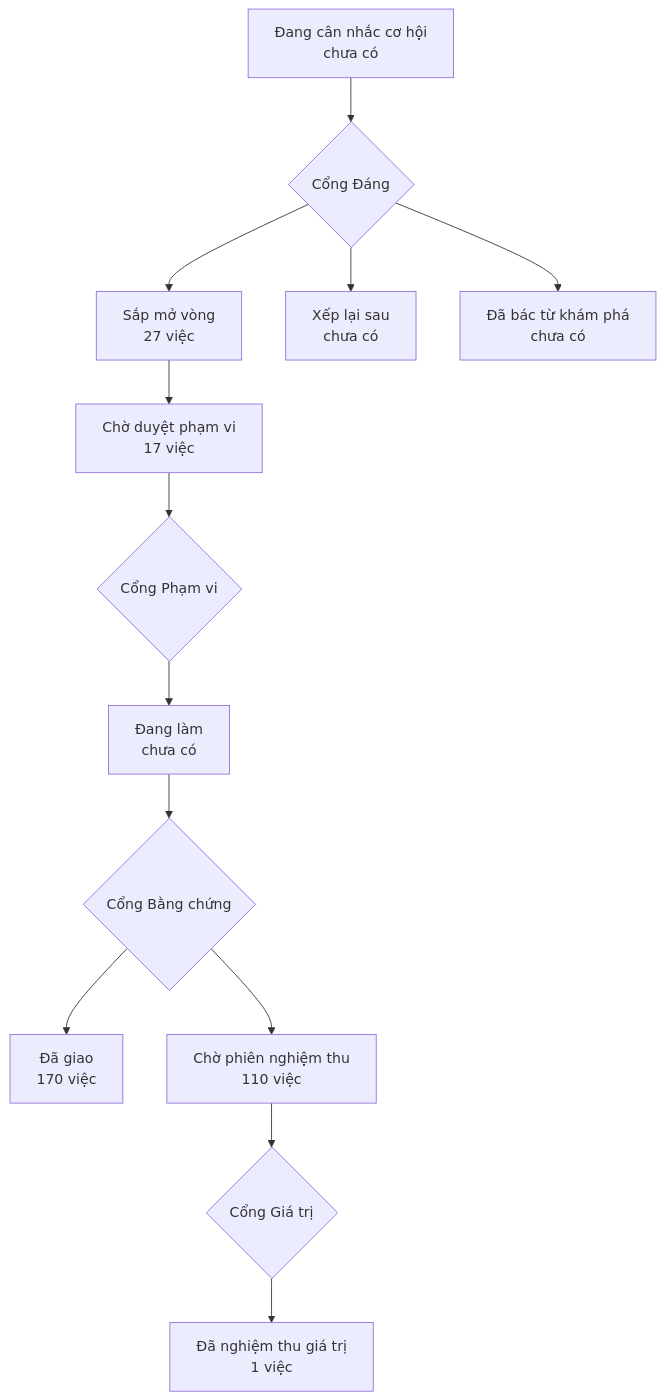
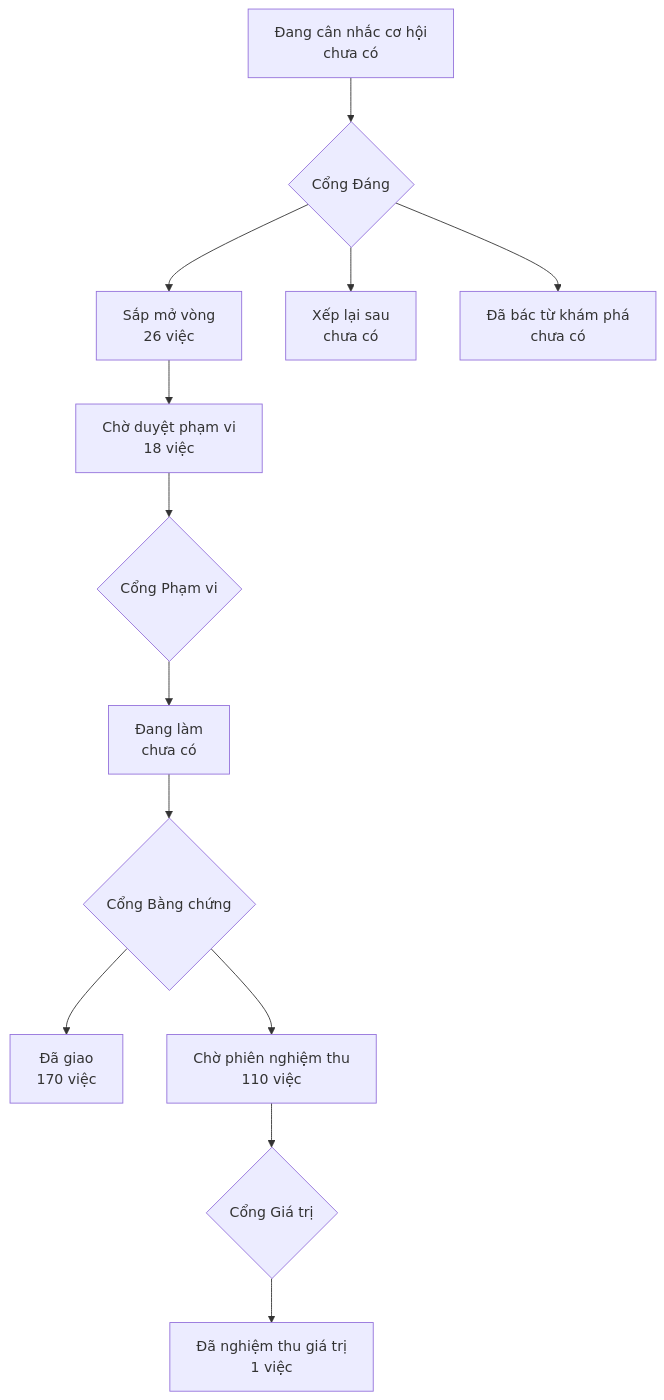
Before and after one commit to phanlemanh/onehub-invest: the diagram in PRODUCT-MAP.md, drawn with Mermaid. The commit also changed other lines of this file and 9 other files, not shown here.

Commit message:
docs(sua-doc-ngan-sach-yeu-cau): thiết kế, hợp đồng, phép đo YC1 trình Cổng Phạm vi

````diff
--- a/PRODUCT-MAP.md
+++ b/PRODUCT-MAP.md
@@ -7,12 +7,12 @@
 ```mermaid
 flowchart TD
   A["Đang cân nhắc cơ hội<br/>chưa có"] --> GD{"Cổng Đáng"}
-  GD --> B["Sắp mở vòng<br/>27 việc"]
+  GD --> B["Sắp mở vòng<br/>26 việc"]
   GD --> XL["Xếp lại sau<br/>chưa có"]
   GD --> DB["Đã bác từ khám phá<br/>chưa có"]
-  B --> CD["Chờ duyệt phạm vi<br/>17 việc"] --> GP{"Cổng Phạm vi"}
+  B --> CD["Chờ duyệt phạm vi<br/>18 việc"] --> GP{"Cổng Phạm vi"}
   GP --> DL["Đang làm<br/>chưa có"] --> GB{"Cổng Bằng chứng"}
   GB --> DG["Đã giao<br/>170 việc"]
   GB --> CN["Chờ phiên nghiệm thu<br/>110 việc"] --> GG{"Cổng Giá trị"}
   GG --> NT["Đã nghiệm thu giá trị<br/>1 việc"]
 ```
````
